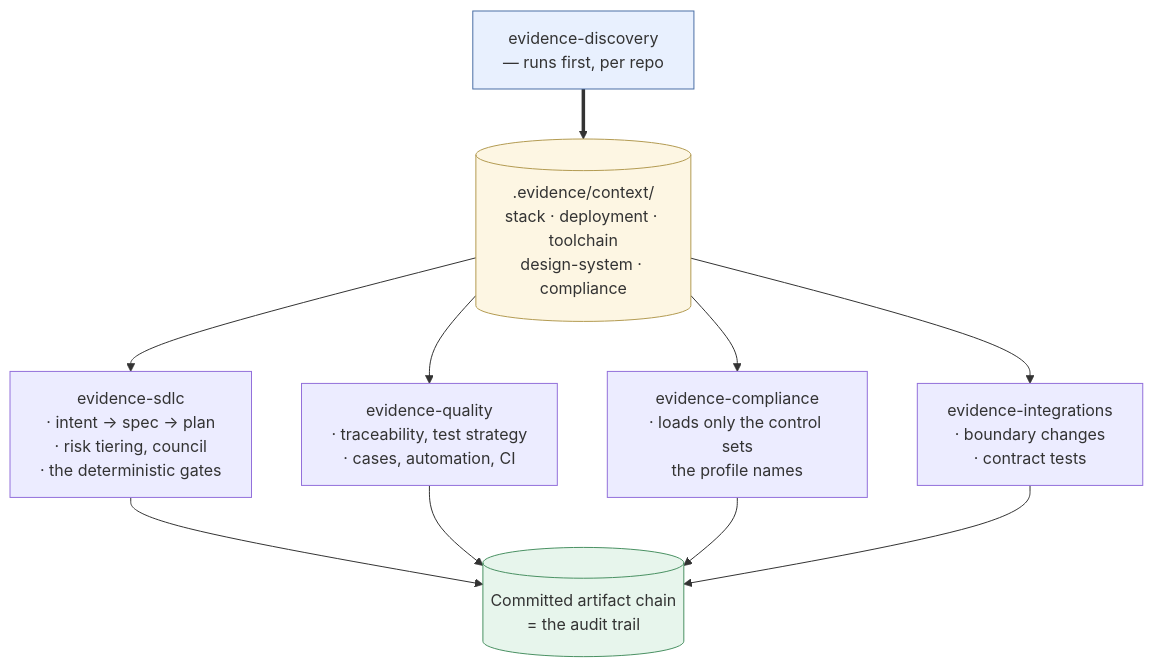
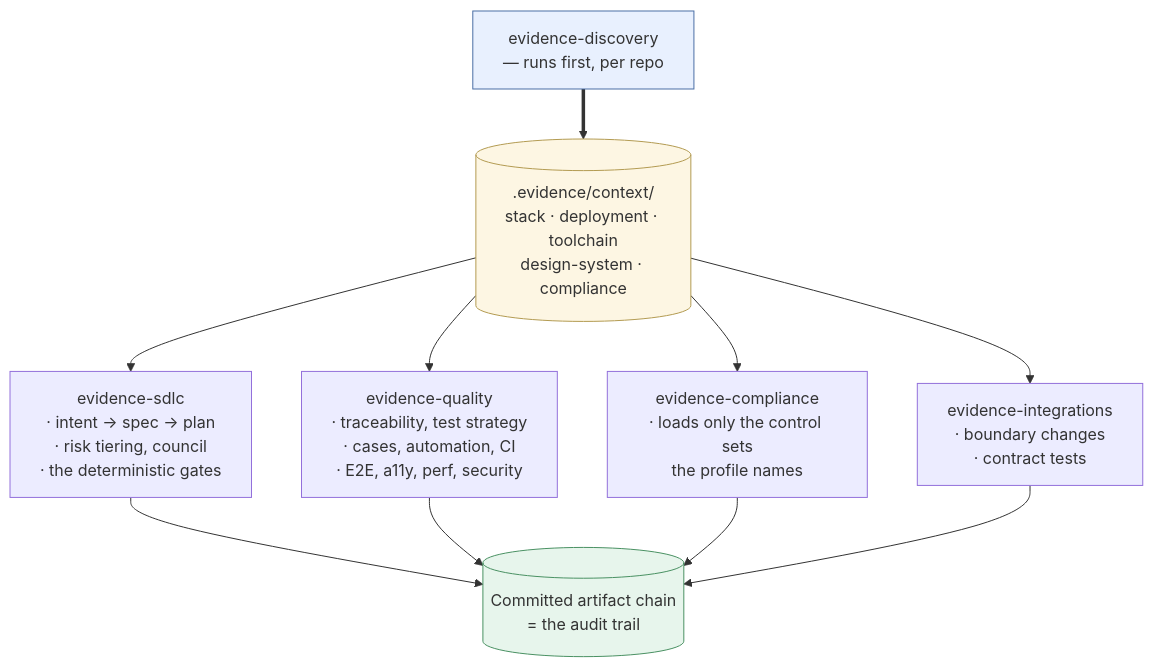
The fourth of 9 diagrams in README.md (harshil-1411/ai-sdlc), drawn with Mermaid before and after one commit. The commit also changed other lines of this file and 72 other files, not shown here.

First line of the commit message:
PILOT-51: Testing depth across every test type, and a test-strategy interview

````diff
--- a/README.md
+++ b/README.md
@@ -394,18 +401,18 @@
 ```mermaid
 flowchart TD
     D["evidence-discovery<br/>— runs first, per repo"] ==> CTX[(".evidence/context/<br/>stack · deployment · toolchain<br/>design-system · compliance")]
 
     CTX --> S["evidence-sdlc<br/>· intent → spec → plan<br/>· risk tiering, council<br/>· the deterministic gates"]
-    CTX --> Q["evidence-quality<br/>· traceability, test strategy<br/>· cases, automation, CI"]
+    CTX --> Q["evidence-quality<br/>· traceability, test strategy<br/>· cases, automation, CI<br/>· E2E, a11y, perf, security"]
     CTX --> C["evidence-compliance<br/>· loads only the control sets<br/>the profile names"]
     CTX --> I["evidence-integrations<br/>· boundary changes<br/>· contract tests"]
 
     S --> ART[("Committed artifact chain<br/>= the audit trail")]
     Q --> ART
     C --> ART
     I --> ART
 
     style D fill:#e8f0fe,stroke:#4a6fa5
     style CTX fill:#fdf6e3,stroke:#b39b52
     style ART fill:#e7f5ec,stroke:#4a9163
 ```
````
